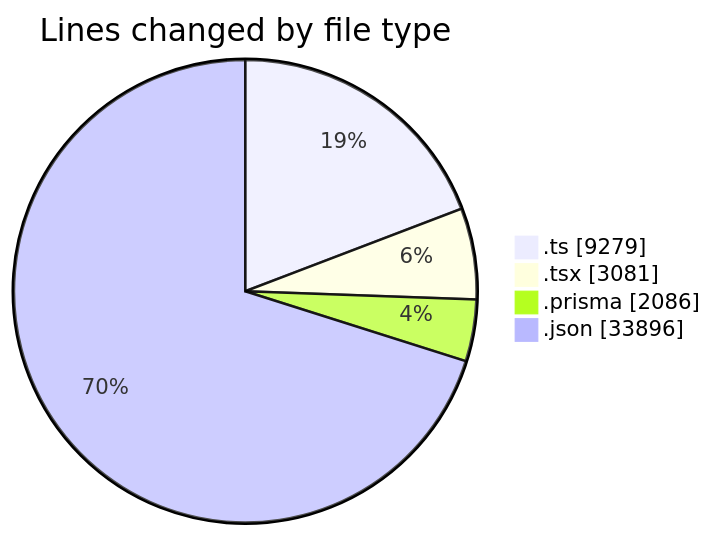
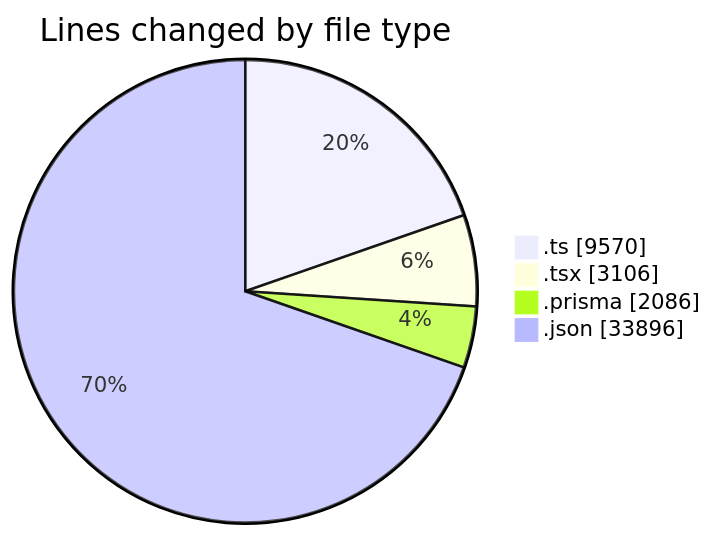
The first of 2 diagrams in 2025-05-19/ecodeli-1/README.md (CELIANVF/code-tracking), drawn with Mermaid before and after one commit. The commit also changed other lines of this file and 1 other file, not shown here.

````diff
--- a/2025-05-19/ecodeli-1/README.md
+++ b/2025-05-19/ecodeli-1/README.md
@@ -57,8 +58,8 @@
 ```mermaid
 pie showData
 title Lines changed by file type
-".ts" : 9279
-".tsx" : 3081
+".ts" : 9570
+".tsx" : 3106
 ".prisma" : 2086
 ".json" : 33896
 ```
````
